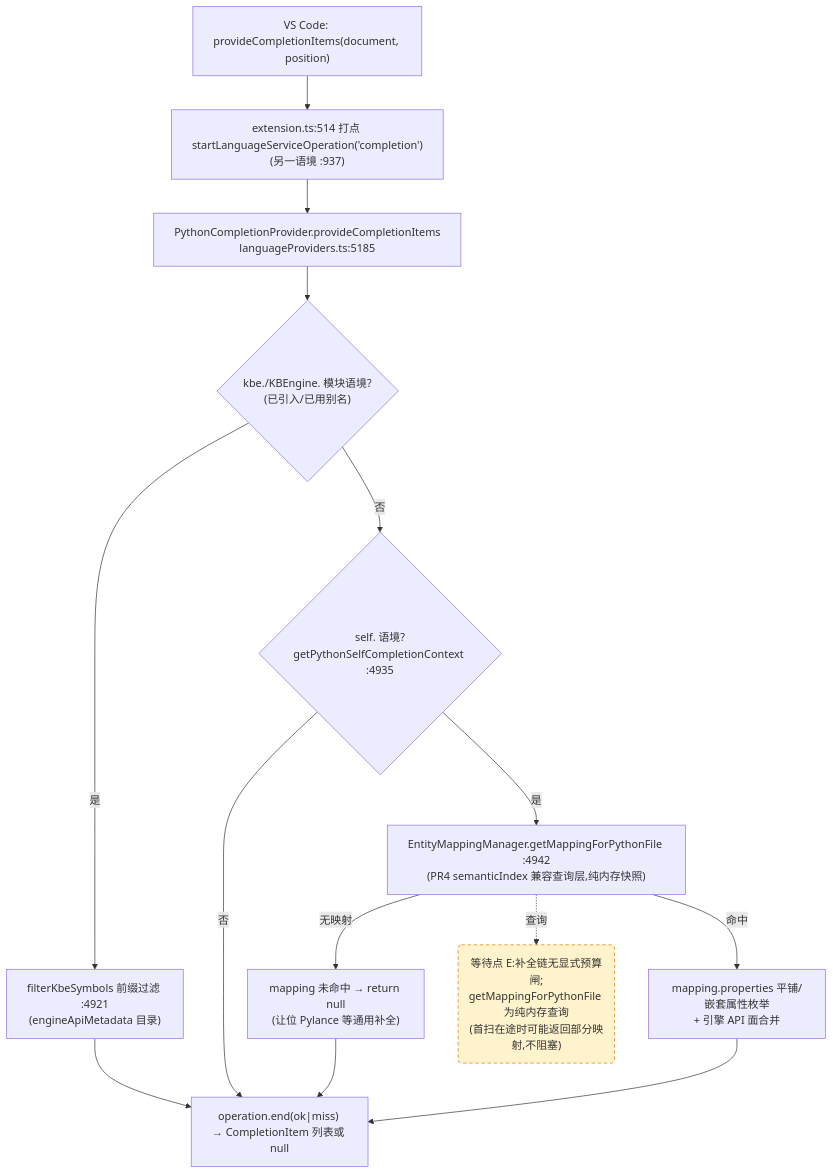
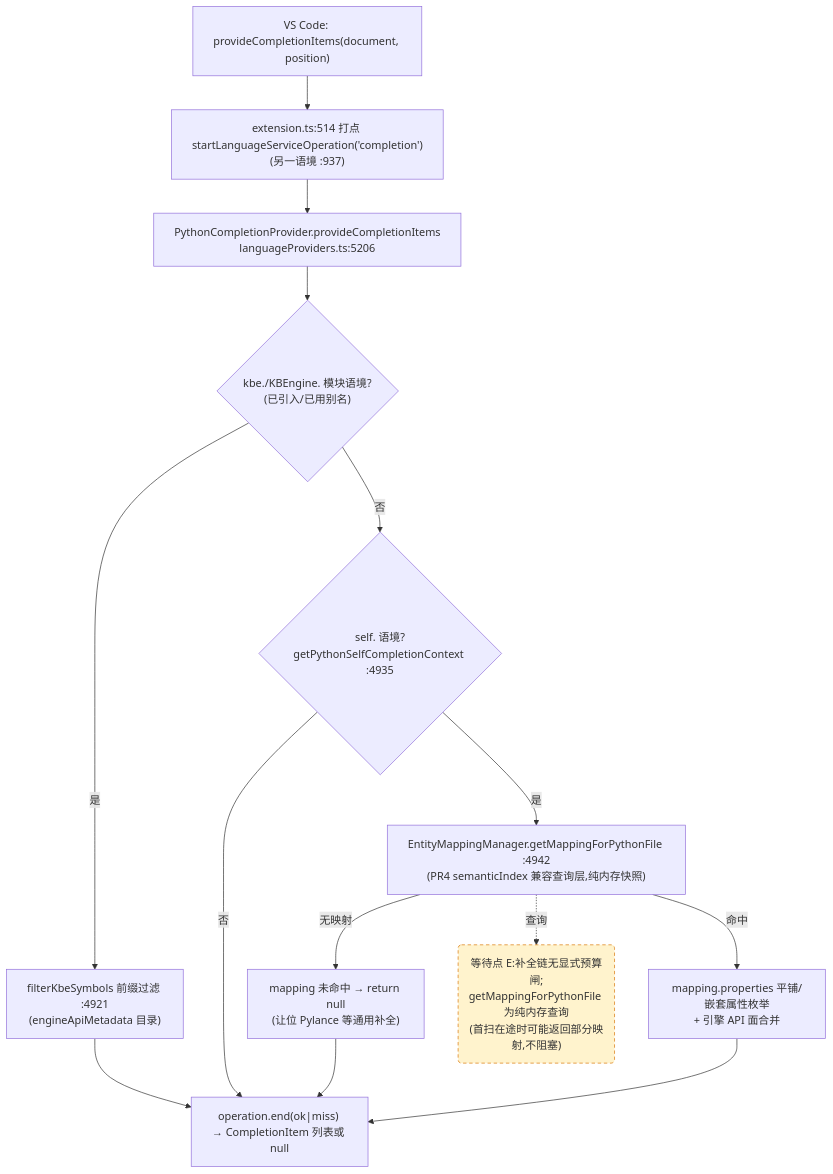
Before and after one commit to cuihairu/kode: the third of 4 diagrams in docs/perf/2026-baseline.md, drawn with Mermaid. The commit also changed 5 other files, not shown here.

````diff
--- a/docs/perf/2026-baseline.md
+++ b/docs/perf/2026-baseline.md
@@ -184,27 +184,27 @@
 ```mermaid
 flowchart TD
   VC3["VS Code: provideCompletionItems(document, position)"]
   M3["extension.ts:514 打点 startLanguageServiceOperation('completion')<br/>(另一语境 :937)"]
-  CP["PythonCompletionProvider.provideCompletionItems<br/>languageProviders.ts:5185"]
+  CP["PythonCompletionProvider.provideCompletionItems<br/>languageProviders.ts:5206"]
   KBEC{"kbe./KBEngine. 模块语境?<br/>(已引入/已用别名)"}
   FILTER["filterKbeSymbols 前缀过滤 :4921<br/>(engineApiMetadata 目录)"]
   SELFC{"self. 语境?<br/>getPythonSelfCompletionContext :4935"}
   MAP["EntityMappingManager.getMappingForPythonFile :4942<br/>(PR4 semanticIndex 兼容查询层,纯内存快照)"]
   NOMAP["mapping 未命中 → return null<br/>(让位 Pylance 等通用补全)"]
   PROPS["mapping.properties 平铺/嵌套属性枚举<br/>+ 引擎 API 面合并"]
   END3["operation.end(ok|miss) → CompletionItem 列表或 null"]
 
   VC3 --> M3 --> CP --> KBEC
   KBEC -- "是" --> FILTER --> END3
   KBEC -- "否" --> SELFC
   SELFC -- "否" --> END3
   SELFC -- "是" --> MAP
   MAP -- "无映射" --> NOMAP --> END3
   MAP -- "命中" --> PROPS --> END3
 
   WAITE("等待点 E:补全链无显式预算闸;<br/>getMappingForPythonFile 为纯内存查询<br/>(首扫在途时可能返回部分映射,不阻塞)")
   MAP -.->|查询| WAITE
 
   classDef waitPoint fill:#fff3cd,stroke:#d97706,stroke-dasharray:5 4;
   class WAITE waitPoint;
 ```
````
